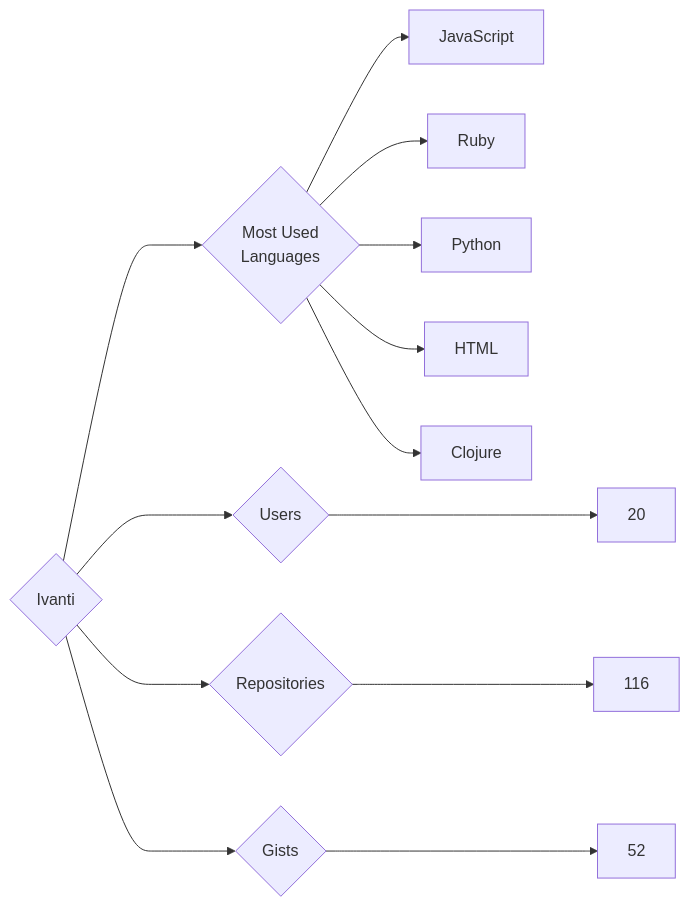
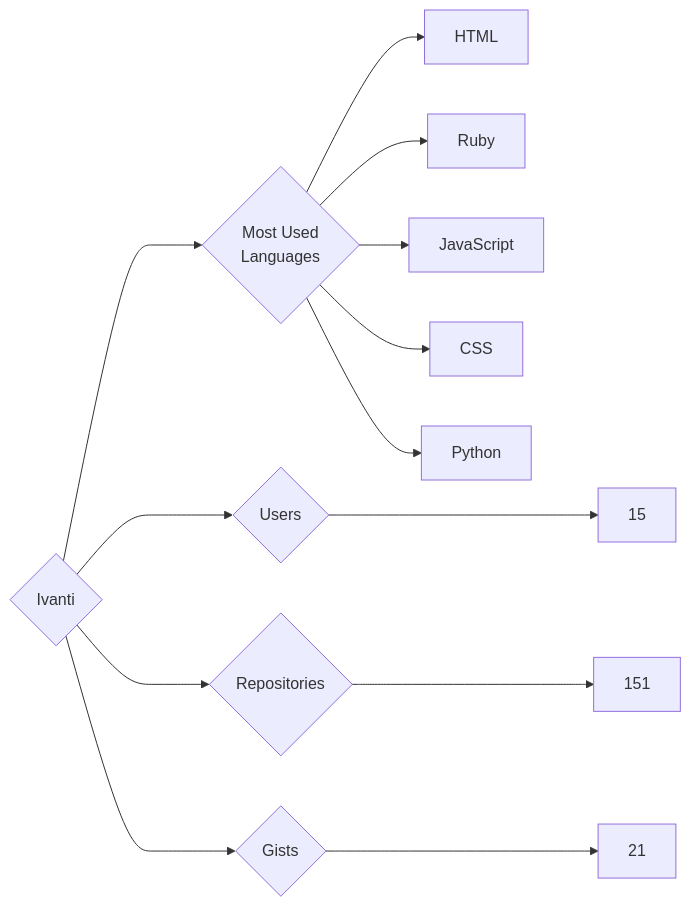
The diagram in targets/Ivanti/README.md (trickest/insiders), drawn with Mermaid before and after one commit. The commit also changed 723 other files, not shown here.

````diff
--- a/targets/Ivanti/README.md
+++ b/targets/Ivanti/README.md
@@ -3,13 +3,13 @@
 ```mermaid
 graph LR
 COMPANY_NAME{Ivanti}
-COMPANY_NAME ---> U{Users} ---> UN[20]
-COMPANY_NAME ---> R{Repositories} ---> RN[116]
-COMPANY_NAME ---> G{Gists} ---> GN[52]
+COMPANY_NAME ---> U{Users} ---> UN[15]
+COMPANY_NAME ---> R{Repositories} ---> RN[151]
+COMPANY_NAME ---> G{Gists} ---> GN[21]
 COMPANY_NAME ---> ML{Most Used<br>Languages}
+ML --> HTML[HTML]
+ML --> Ruby[Ruby]
 ML --> JavaScript[JavaScript]
-ML --> Ruby[Ruby]
+ML --> CSS[CSS]
 ML --> Python[Python]
-ML --> HTML[HTML]
-ML --> Clojure[Clojure]
 ```
````
